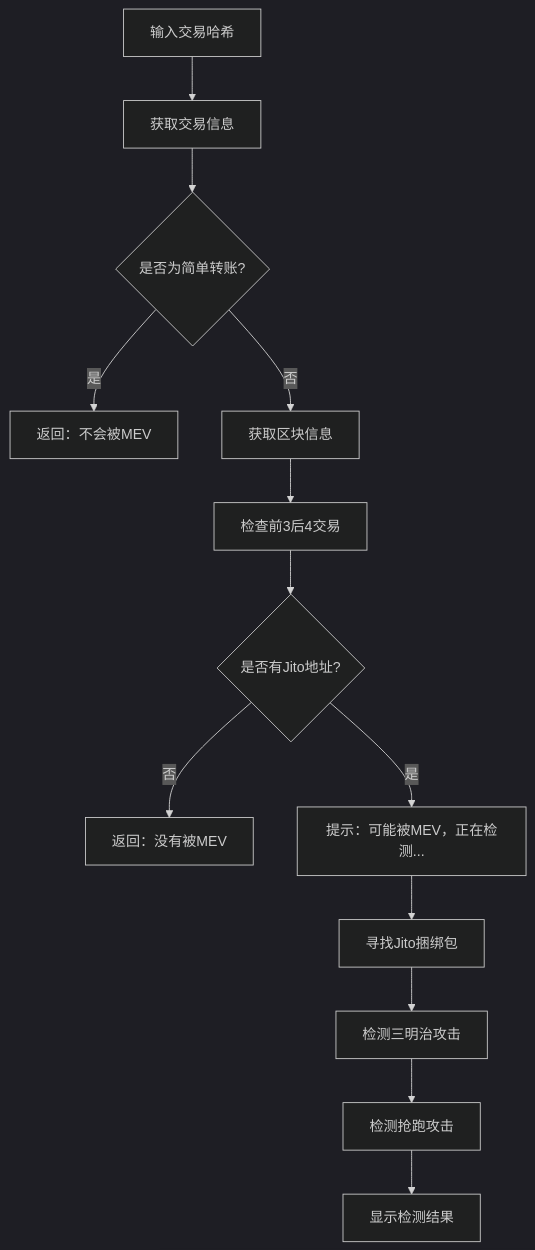
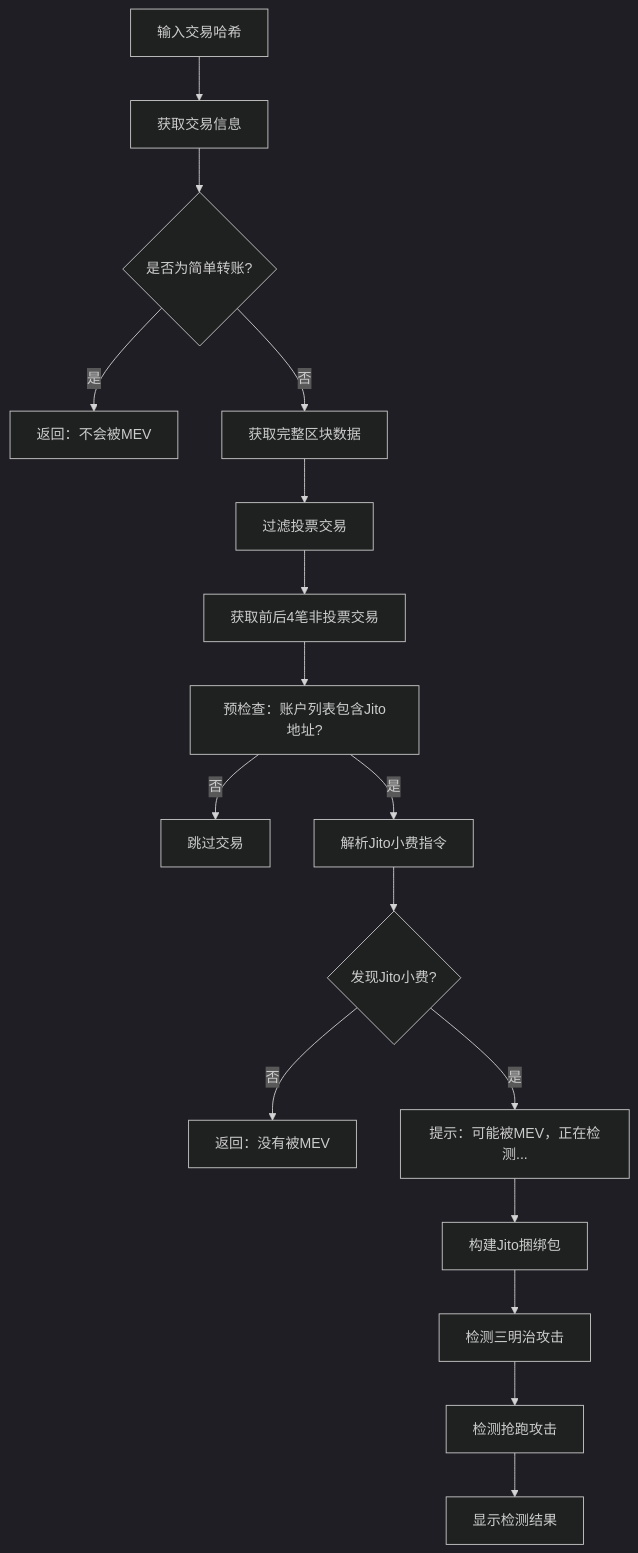
The diagram in README.md (Tao-2022/solana-jito-mev-detector), drawn with Mermaid (dark theme) before and after one commit. The commit also changed other lines of this file and 5 other files, not shown here.

````diff
--- a/README.md
+++ b/README.md
@@ -86,15 +99,19 @@
 ```mermaid
 graph TD
     A[输入交易哈希] --> B[获取交易信息]
     B --> C{是否为简单转账?}
     C -->|是| D[返回：不会被MEV]
-    C -->|否| E[获取区块信息]
-    E --> F[检查前3后4交易]
-    F --> G{是否有Jito地址?}
-    G -->|否| H[返回：没有被MEV]
-    G -->|是| I[提示：可能被MEV，正在检测...]
-    I --> J[寻找Jito捆绑包]
-    J --> K[检测三明治攻击]
-    K --> L[检测抢跑攻击]
-    L --> M[显示检测结果]
+    C -->|否| E[获取完整区块数据]
+    E --> F[过滤投票交易]
+    F --> G[获取前后4笔非投票交易]
+    G --> H[预检查：账户列表包含Jito地址?]
+    H -->|否| I[跳过交易]
+    H -->|是| J[解析Jito小费指令]
+    J --> K{发现Jito小费?}
+    K -->|否| L[返回：没有被MEV]
+    K -->|是| M[提示：可能被MEV，正在检测...]
+    M --> N[构建Jito捆绑包]
+    N --> O[检测三明治攻击]
+    O --> P[检测抢跑攻击]
+    P --> Q[显示检测结果]
 ```
````
